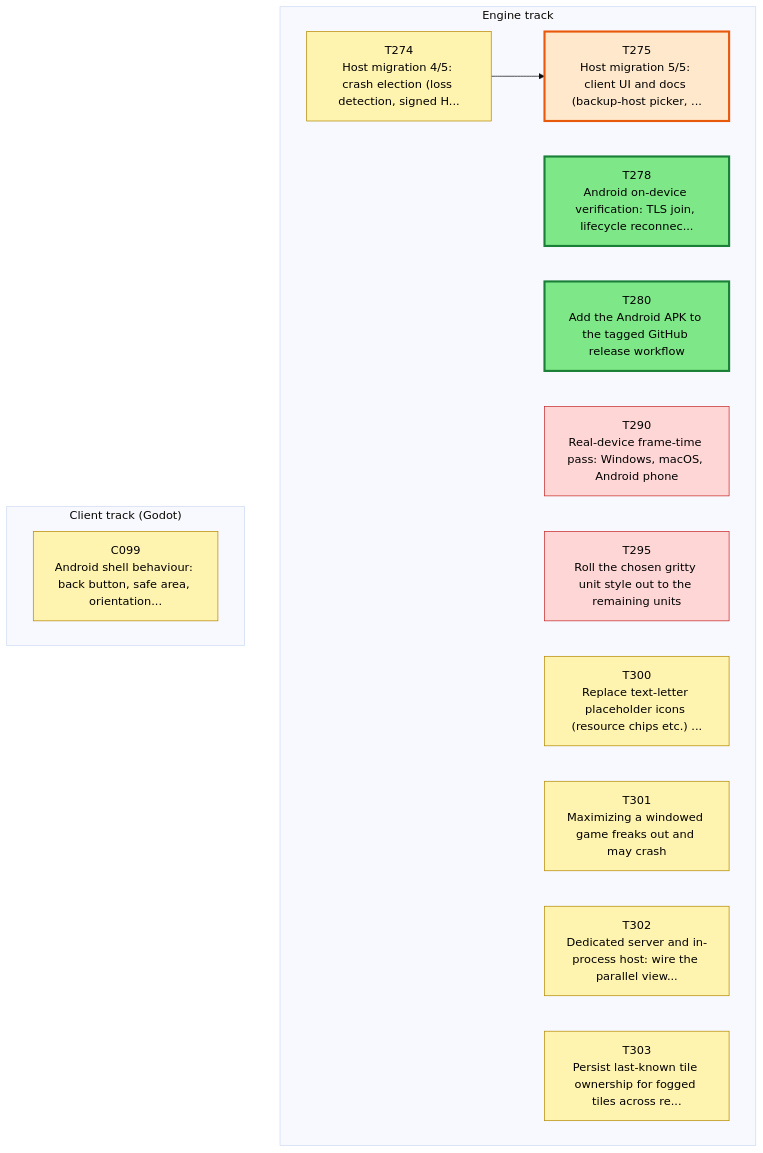
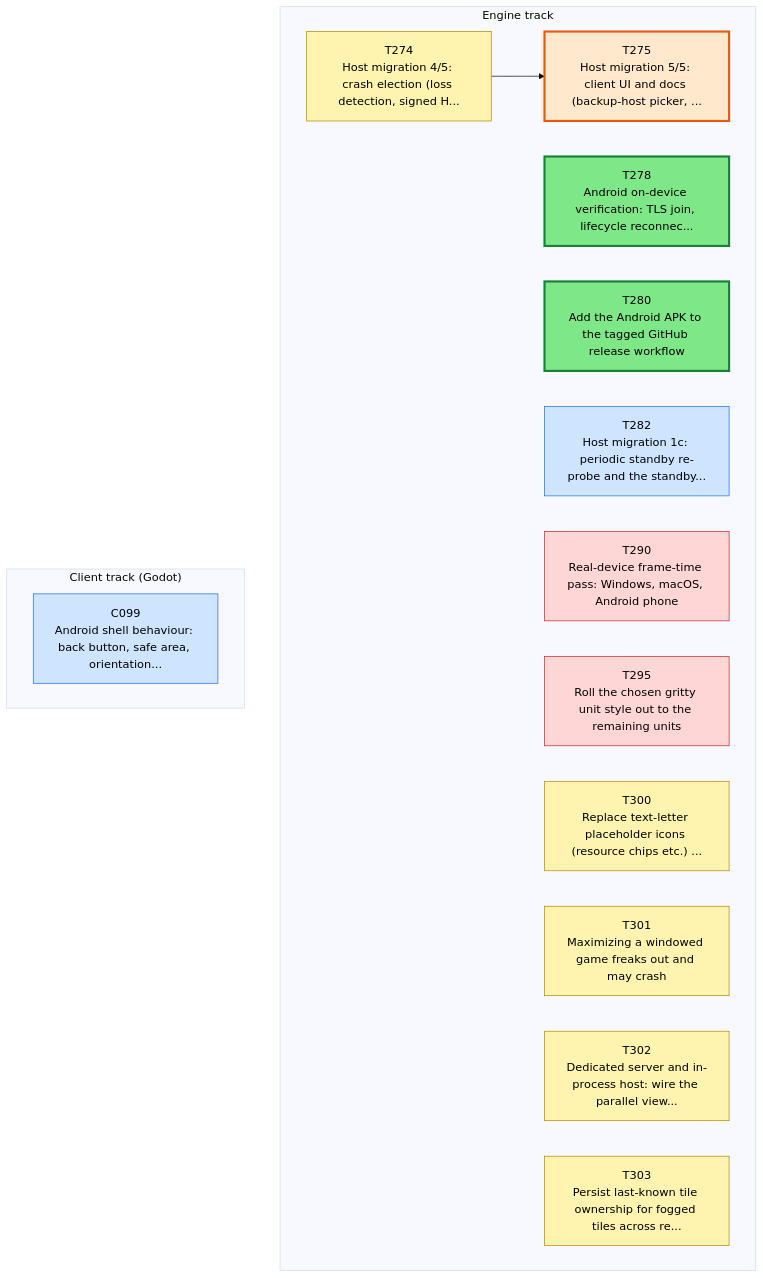
Before and after one commit to Kenmura/Unciv: the first of 3 diagrams in csharp/migration/DEPENDENCY_MAP.md, drawn with Mermaid (base theme). The commit also changed other lines of this file and 3 other files, not shown here.

````diff
--- a/csharp/migration/DEPENDENCY_MAP.md
+++ b/csharp/migration/DEPENDENCY_MAP.md
@@ -35,37 +35,39 @@
 ```mermaid
 flowchart TD
   subgraph TTRACK["Engine track"]
     T274["T274<br/>Host migration 4/5: crash election (loss detection, signed H..."]
     T275["T275<br/>Host migration 5/5: client UI and docs (backup-host picker, ..."]
     T278["T278<br/>Android on-device verification: TLS join, lifecycle reconnec..."]
     T280["T280<br/>Add the Android APK to the tagged GitHub release workflow"]
+    T282["T282<br/>Host migration 1c: periodic standby re-probe and the standby..."]
     T290["T290<br/>Real-device frame-time pass: Windows, macOS, Android phone"]
     T295["T295<br/>Roll the chosen gritty unit style out to the remaining units"]
     T300["T300<br/>Replace text-letter placeholder icons (resource chips etc.) ..."]
     T301["T301<br/>Maximizing a windowed game freaks out and may crash"]
     T302["T302<br/>Dedicated server and in-process host: wire the parallel view..."]
     T303["T303<br/>Persist last-known tile ownership for fogged tiles across re..."]
   end
   subgraph CTRACK["Client track (Godot)"]
     C099["C099<br/>Android shell behaviour: back button, safe area, orientation..."]
   end
   T274 --> T275
   classDef waiting fill:#f3faf3,stroke:#9bc49b,color:#555,stroke-dasharray:2 2
   classDef ondeck fill:#ffe8cc,stroke:#e8590c,stroke-width:3px,color:#000
   classDef ready fill:#7ee787,stroke:#1a7f37,stroke-width:3px,color:#000
   classDef prog fill:#fff3b0,stroke:#b58900,color:#000
   classDef review fill:#cfe4ff,stroke:#1f6feb,color:#000
   classDef blocked fill:#ffd6d6,stroke:#c62828,color:#000
   classDef done fill:#eeeeee,stroke:#999999,color:#666,stroke-dasharray:4 3
-  class C099 prog
+  class C099 review
   class T274 prog
   class T275 ondeck
   class T278 ready
   class T280 ready
+  class T282 review
   class T290 blocked
   class T295 blocked
   class T300 prog
   class T301 prog
   class T302 prog
   class T303 prog
 ```
````
